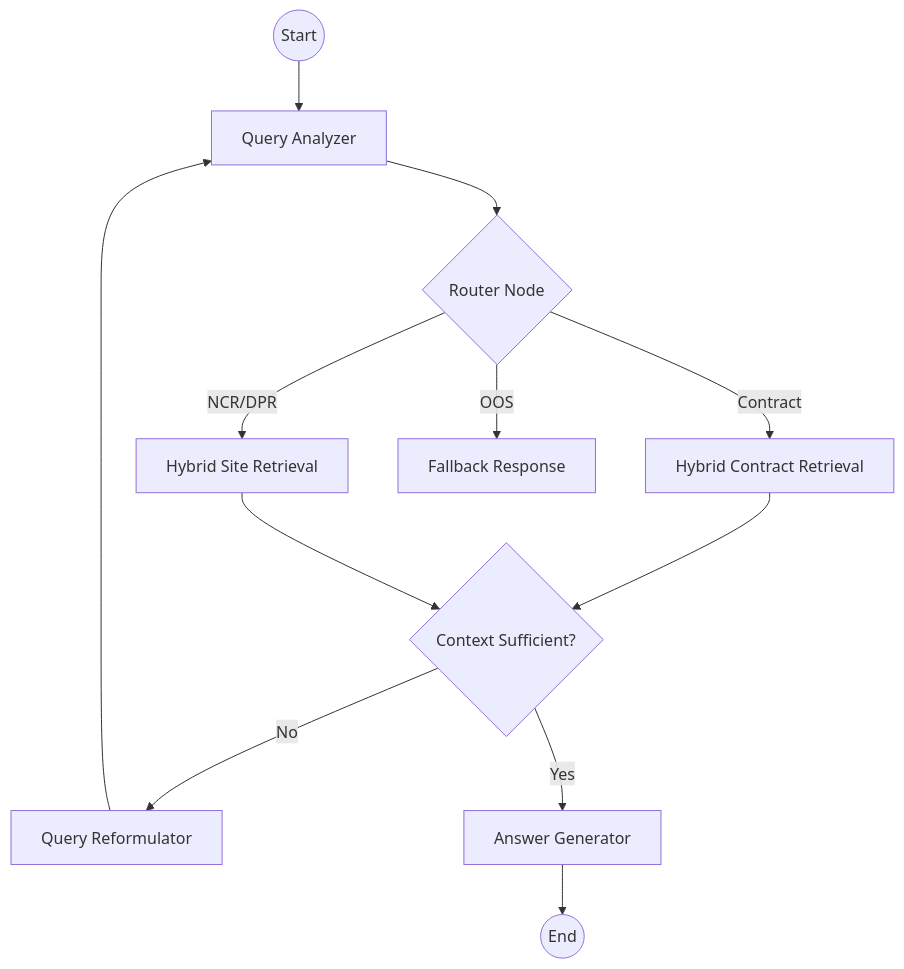
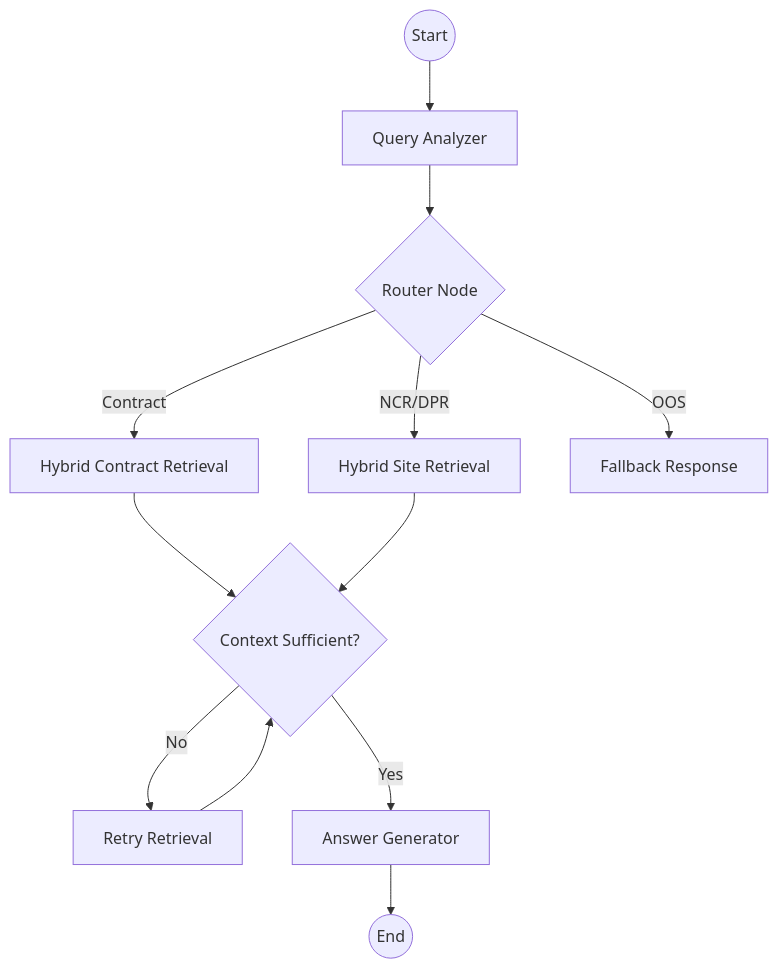
One commit to balacsegprec/aipms-rag-bootcamp changed the third of 4 diagrams in docs/docs_for_planning/Deliverables_Guide_Nishitha_FINAL.md. Above: the diagram before and after it, drawn with Mermaid. The commit also changed other lines of this file and 3 other files, not shown here.

````diff
--- a/docs/docs_for_planning/Deliverables_Guide_Nishitha_FINAL.md
+++ b/docs/docs_for_planning/Deliverables_Guide_Nishitha_FINAL.md
@@ -865,14 +863,14 @@
 ```mermaid
 graph TD
     Start((Start)) --> QueryAnalyzer[Query Analyzer]
     QueryAnalyzer --> Router{Router Node}
     Router -->|Contract| ContractSearch[Hybrid Contract Retrieval]
     Router -->|NCR/DPR| SiteSearch[Hybrid Site Retrieval]
     Router -->|OOS| Fallback[Fallback Response]
     ContractSearch --> ContextEval{Context Sufficient?}
     SiteSearch --> ContextEval
-    ContextEval -->|No| Reformulator[Query Reformulator]
-    Reformulator --> QueryAnalyzer
+    ContextEval -->|No| Retry_Retrieval[Retry Retrieval]
+    Retry_Retrieval --> ContextEval
     ContextEval -->|Yes| AnswerGen[Answer Generator]
     AnswerGen --> End((End))
 ```
````
